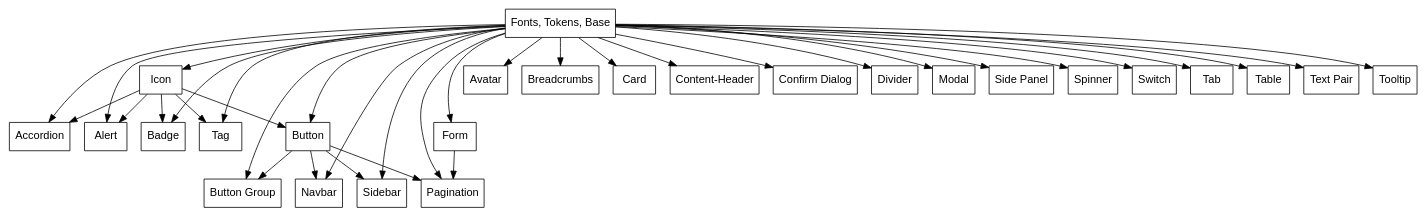
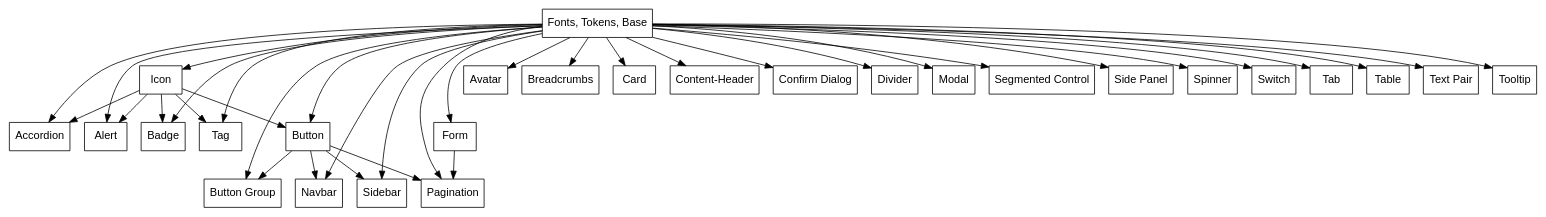
One commit to RoleModel/optics changed the diagram in tools/generate-graph.dot. Above: the diagram before and after it, drawn with Graphviz. The commit also changed 2 other files, not shown here.

Commit message:
Add segmented control documentation story and playground generator

```diff
--- a/tools/generate-graph.dot
+++ b/tools/generate-graph.dot
@@ -1,46 +1,47 @@
 digraph dependencies {
   fontname = "Helvetica,Arial,sans-serif";
   node [fontname = "Helvetica,Arial,sans-serif";];
   edge [fontname = "Helvetica,Arial,sans-serif";];
   node [shape = box;];
   "Fonts, Tokens, Base";
 
   "Fonts, Tokens, Base" -> "Accordion";
   "Fonts, Tokens, Base" -> "Alert";
   "Fonts, Tokens, Base" -> "Avatar";
   "Fonts, Tokens, Base" -> "Badge";
   "Fonts, Tokens, Base" -> "Breadcrumbs";
   "Fonts, Tokens, Base" -> "Button";
   "Fonts, Tokens, Base" -> "Button Group";
   "Fonts, Tokens, Base" -> "Card";
   "Fonts, Tokens, Base" -> "Content-Header";
   "Fonts, Tokens, Base" -> "Confirm Dialog";
   "Fonts, Tokens, Base" -> "Divider";
   "Fonts, Tokens, Base" -> "Form";
   "Fonts, Tokens, Base" -> "Icon";
   "Fonts, Tokens, Base" -> "Modal";
   "Fonts, Tokens, Base" -> "Navbar";
   "Fonts, Tokens, Base" -> "Pagination";
+  "Fonts, Tokens, Base" -> "Segmented Control";
   "Fonts, Tokens, Base" -> "Sidebar";
   "Fonts, Tokens, Base" -> "Side Panel";
   "Fonts, Tokens, Base" -> "Spinner";
   "Fonts, Tokens, Base" -> "Switch";
   "Fonts, Tokens, Base" -> "Tab";
   "Fonts, Tokens, Base" -> "Table";
   "Fonts, Tokens, Base" -> "Tag";
   "Fonts, Tokens, Base" -> "Text Pair";
   "Fonts, Tokens, Base" -> "Tooltip";
 
   "Icon" -> "Accordion";
   "Icon" -> "Alert";
   "Icon" -> "Badge";
   "Icon" -> "Button";
   "Icon" -> "Tag";
 
   "Button" -> "Button Group";
   "Button" -> "Sidebar";
   "Button" -> "Navbar";
   "Button" -> "Pagination";
 
   "Form" -> "Pagination";
 }
```
